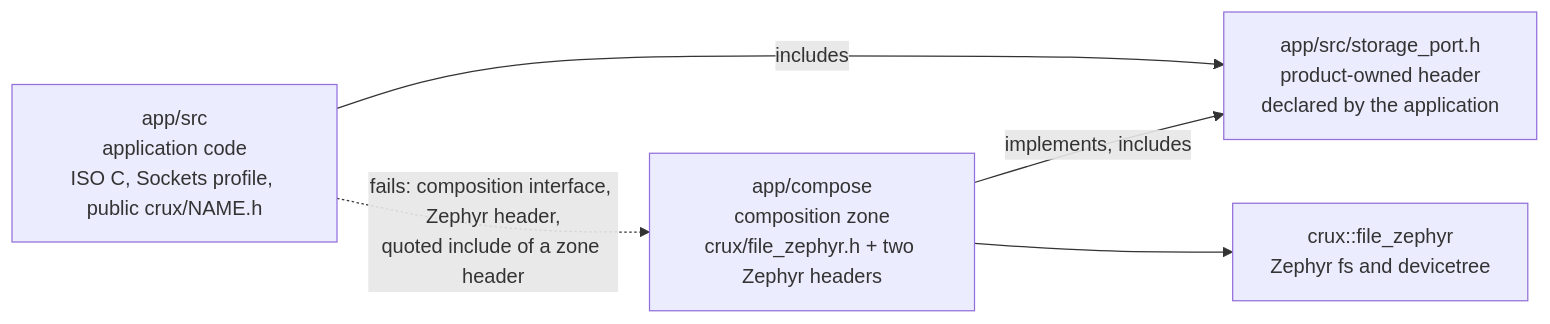
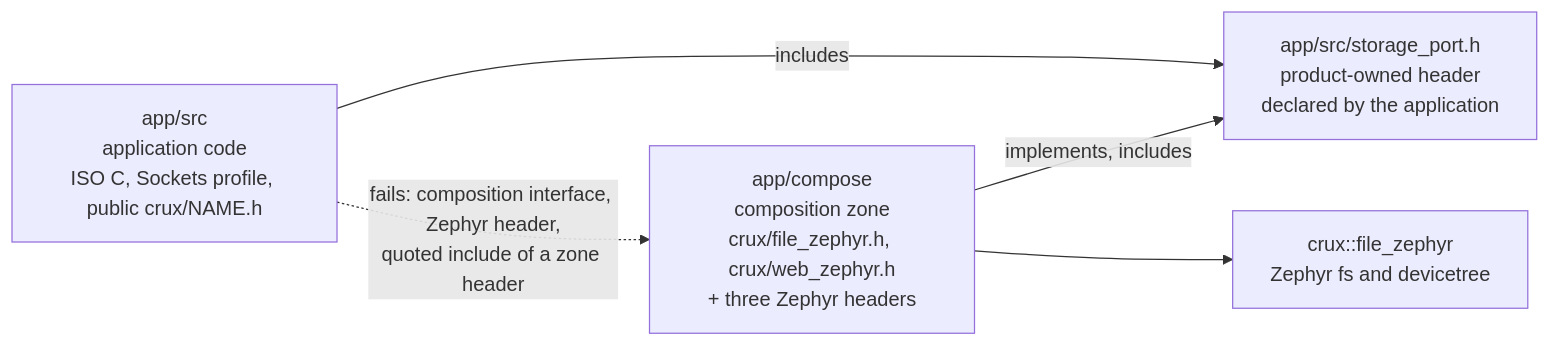
One commit to wonny-labs/crux-controller changed the first of 2 diagrams in docs/composition-zone.md. Above: the diagram before and after it, drawn with Mermaid. The commit also changed other lines of this file and 3 other files, not shown here.

First line of the commit message:
docs: describe the web composition headers of app/compose

````diff
--- a/docs/composition-zone.md
+++ b/docs/composition-zone.md
@@ -16,11 +18,11 @@
 ```mermaid
 flowchart LR
     SRC["app/src<br/>application code<br/>ISO C, Sockets profile, public crux/NAME.h"]
     PORT["app/src/storage_port.h<br/>product-owned header<br/>declared by the application"]
-    ZONE["app/compose<br/>composition zone<br/>crux/file_zephyr.h + two Zephyr headers"]
+    ZONE["app/compose<br/>composition zone<br/>crux/file_zephyr.h, crux/web_zephyr.h<br/>+ three Zephyr headers"]
     CRUX["crux::file_zephyr<br/>Zephyr fs and devicetree"]
     SRC -->|includes| PORT
     ZONE -->|implements, includes| PORT
     ZONE --> CRUX
     SRC -. "fails: composition interface, Zephyr header,<br/>quoted include of a zone header" .-> ZONE
 ```
````
